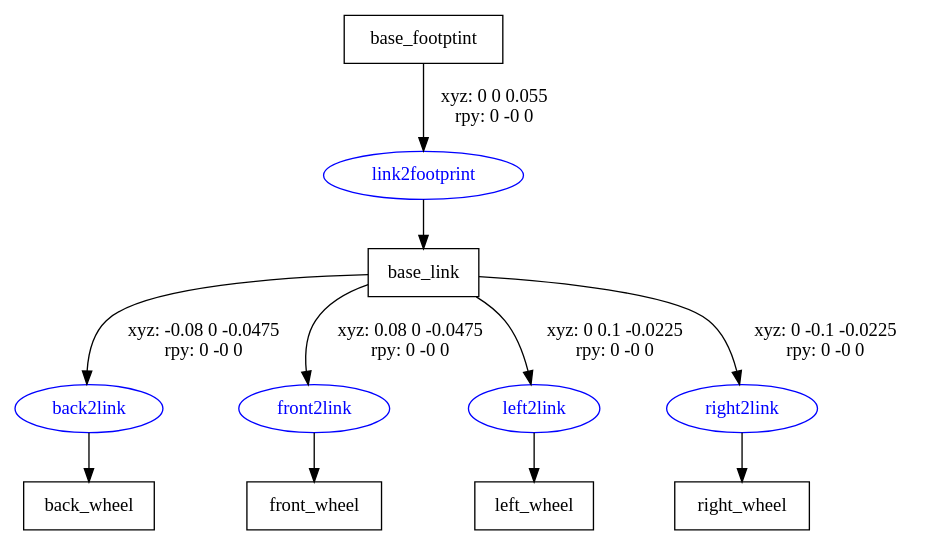
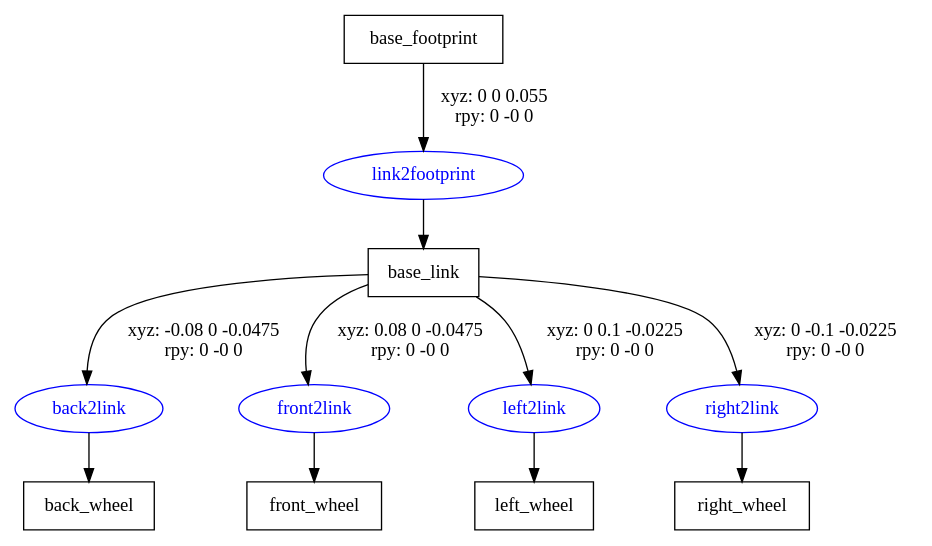
Before and after one commit to Kea128/ROS_Learning: the diagram in demo05_ws/src/urdf01_rviz/urdf/urdf/mycar.gv, drawn with Graphviz. The commit also changed 8 other files, not shown here.

```diff
--- a/demo05_ws/src/urdf01_rviz/urdf/urdf/mycar.gv
+++ b/demo05_ws/src/urdf01_rviz/urdf/urdf/mycar.gv
@@ -1,20 +1,20 @@
 digraph G {
 node [shape=box];
-"base_footptint" [label="base_footptint"];
+"base_footprint" [label="base_footprint"];
 "base_link" [label="base_link"];
 "back_wheel" [label="back_wheel"];
 "front_wheel" [label="front_wheel"];
 "left_wheel" [label="left_wheel"];
 "right_wheel" [label="right_wheel"];
 node [shape=ellipse, color=blue, fontcolor=blue];
-"base_footptint" -> "link2footprint" [label="xyz: 0 0 0.055 \nrpy: 0 -0 0"]
+"base_footprint" -> "link2footprint" [label="xyz: 0 0 0.055 \nrpy: 0 -0 0"]
 "link2footprint" -> "base_link"
 "base_link" -> "back2link" [label="xyz: -0.08 0 -0.0475 \nrpy: 0 -0 0"]
 "back2link" -> "back_wheel"
 "base_link" -> "front2link" [label="xyz: 0.08 0 -0.0475 \nrpy: 0 -0 0"]
 "front2link" -> "front_wheel"
 "base_link" -> "left2link" [label="xyz: 0 0.1 -0.0225 \nrpy: 0 -0 0"]
 "left2link" -> "left_wheel"
 "base_link" -> "right2link" [label="xyz: 0 -0.1 -0.0225 \nrpy: 0 -0 0"]
 "right2link" -> "right_wheel"
 }
```
